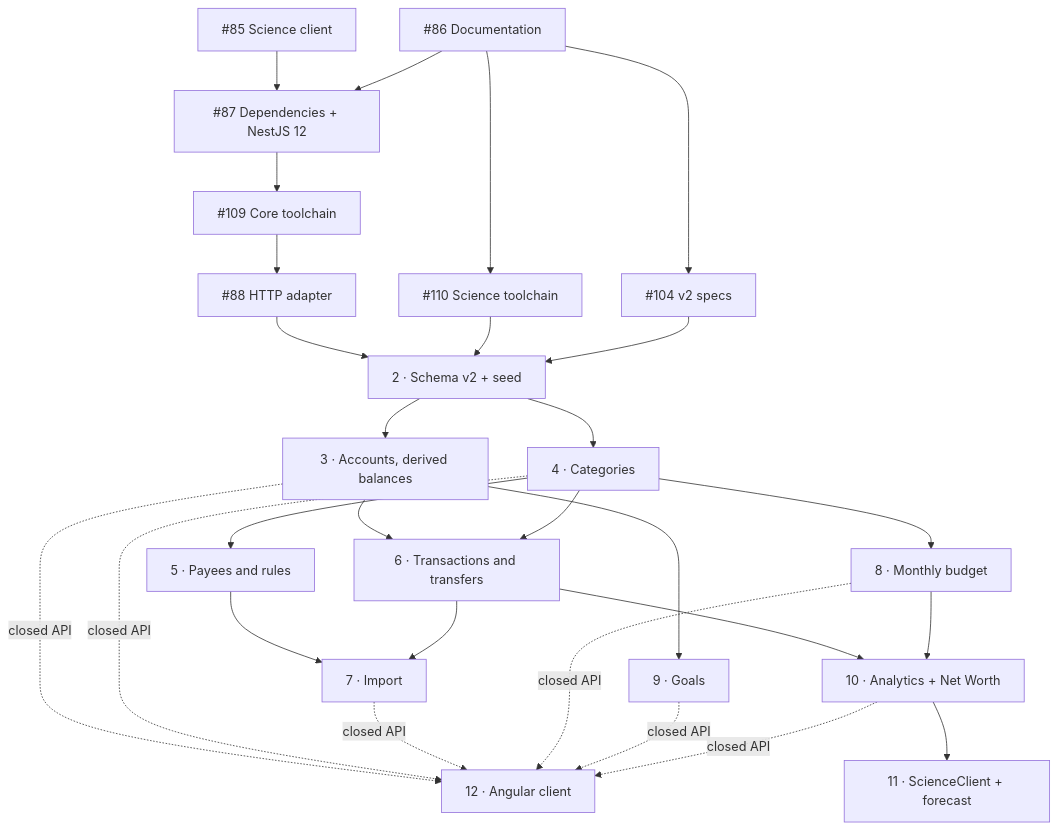
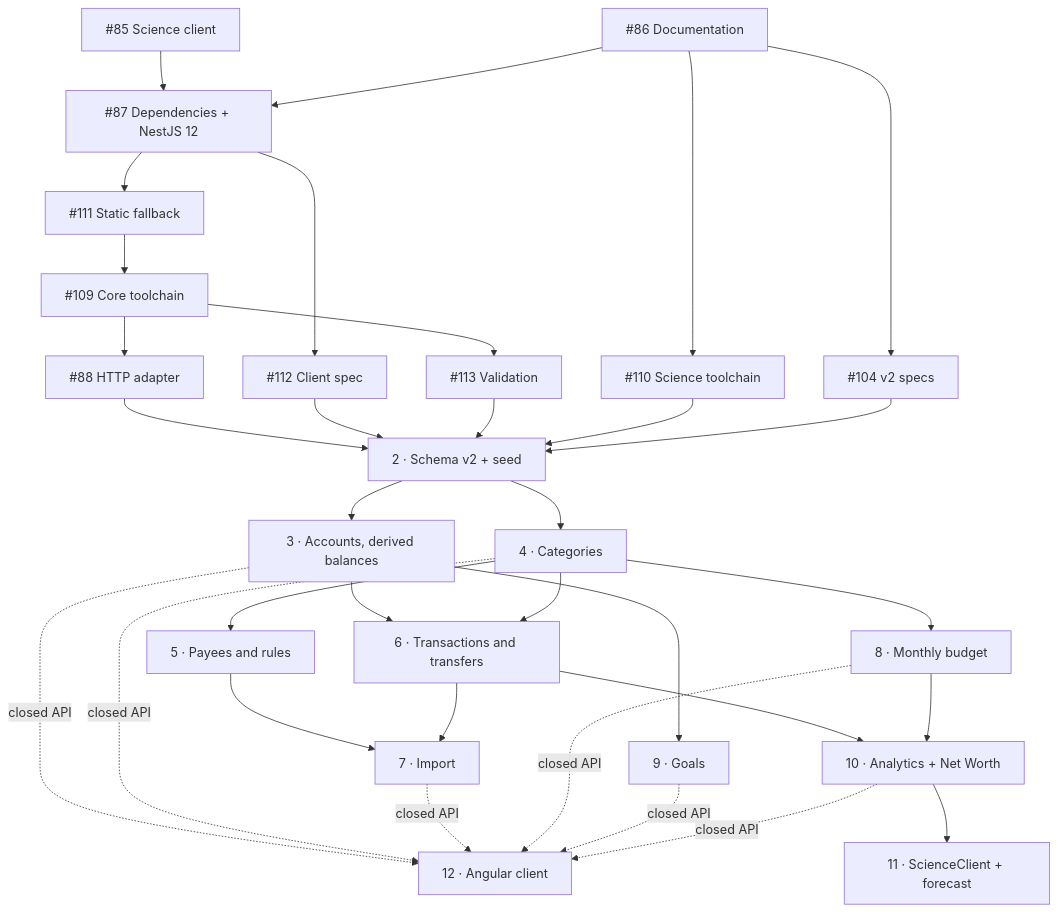
The diagram in documents/product/roadmap.md (fabogit/finances-dashboard), drawn with Mermaid before and after one commit. The commit also changed other lines of this file, not shown here.

First line of the commit message:
docs: place the NestJS 12 defaults, the validation choice and the new bugs in M1

````diff
--- a/documents/product/roadmap.md
+++ b/documents/product/roadmap.md
@@ -46,34 +48,39 @@
 ```mermaid
 flowchart TD
     S1a["#85 Science client"]
     S1c["#86 Documentation"]
     S1d["#87 Dependencies + NestJS 12"]
+    S1f["#111 Static fallback"]
+    S1b["#112 Client spec"]
     S1t["#109 Core toolchain"]
+    S1v["#113 Validation"]
     S1p["#110 Science toolchain"]
     S1h["#88 HTTP adapter"]
     S1s["#104 v2 specs"]
     S2["2 · Schema v2 + seed"]
     S3["3 · Accounts, derived balances"]
     S4["4 · Categories"]
     S5["5 · Payees and rules"]
     S6["6 · Transactions and transfers"]
     S7["7 · Import"]
     S8["8 · Monthly budget"]
     S9["9 · Goals"]
     S10["10 · Analytics + Net Worth"]
     S11["11 · ScienceClient + forecast"]
     S12["12 · Angular client"]
 
-    S1a & S1c --> S1d --> S1t --> S1h --> S2
+    S1a & S1c --> S1d --> S1f --> S1t --> S1h --> S2
+    S1d --> S1b --> S2
+    S1t --> S1v --> S2
     S1c --> S1p --> S2
     S1c --> S1s --> S2
     S2 --> S3 & S4
     S4 --> S5
     S3 & S4 --> S6
     S5 & S6 --> S7
     S4 --> S8
     S3 --> S9
     S6 & S8 --> S10
     S10 --> S11
     S3 & S4 & S7 & S8 & S9 & S10 -. closed API .-> S12
 ```
````
